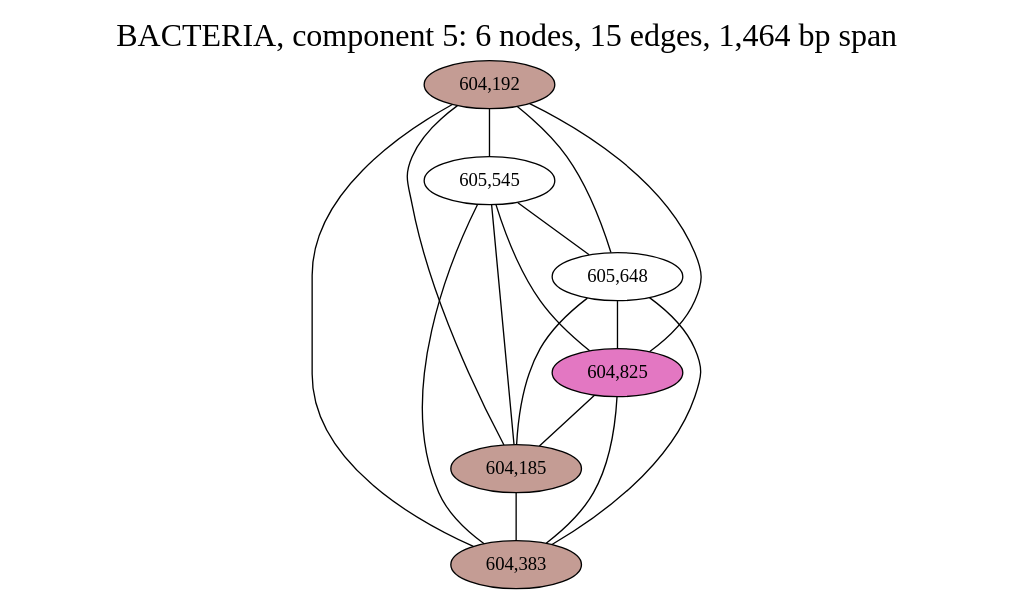
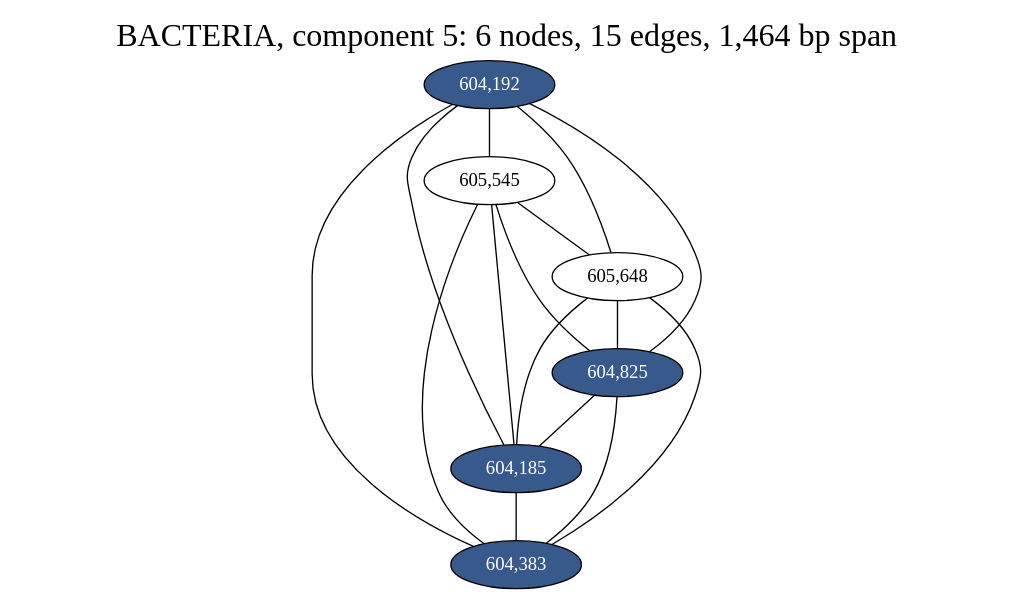
Before and after one commit to fedarko/sheepgut: the diagram in notebooks/graphs/BACTERIA_cc5.gv, drawn with Graphviz. The commit also changed 64 other files, not shown here.

Commit message:
use viridis for gene colors in LM graphs

```diff
--- a/notebooks/graphs/BACTERIA_cc5.gv
+++ b/notebooks/graphs/BACTERIA_cc5.gv
@@ -1,28 +1,28 @@
 graph BACTERIA_cc5 {
 	overlap="prism50";
 	outputorder="edgesfirst";
 	label="BACTERIA, component 5: 6 nodes, 15 edges, 1,464 bp span";
 	labelloc="t";
 	fontsize=24;
-	"604,192" [style="filled", fillcolor="#c49c94", fontcolor="#000000"];
+	"604,192" [style="filled", fillcolor="#38598c", fontcolor="#ffffff"];
 	"605,545" [style="filled", fillcolor="#ffffff", fontcolor="#000000"];
 	"605,648" [style="filled", fillcolor="#ffffff", fontcolor="#000000"];
-	"604,825" [style="filled", fillcolor="#e377c2", fontcolor="#000000"];
-	"604,185" [style="filled", fillcolor="#c49c94", fontcolor="#000000"];
-	"604,383" [style="filled", fillcolor="#c49c94", fontcolor="#000000"];
+	"604,825" [style="filled", fillcolor="#38598c", fontcolor="#ffffff"];
+	"604,185" [style="filled", fillcolor="#38598c", fontcolor="#ffffff"];
+	"604,383" [style="filled", fillcolor="#38598c", fontcolor="#ffffff"];
 	"604,192" -- "604,185";
 	"604,192" -- "604,383";
 	"604,192" -- "604,825";
 	"604,192" -- "605,545";
 	"604,192" -- "605,648";
 	"605,545" -- "604,185";
 	"605,545" -- "604,383";
 	"605,545" -- "604,825";
 	"605,545" -- "605,648";
 	"605,648" -- "604,185";
 	"605,648" -- "604,383";
 	"605,648" -- "604,825";
 	"604,825" -- "604,185";
 	"604,825" -- "604,383";
 	"604,185" -- "604,383";
 }
```
